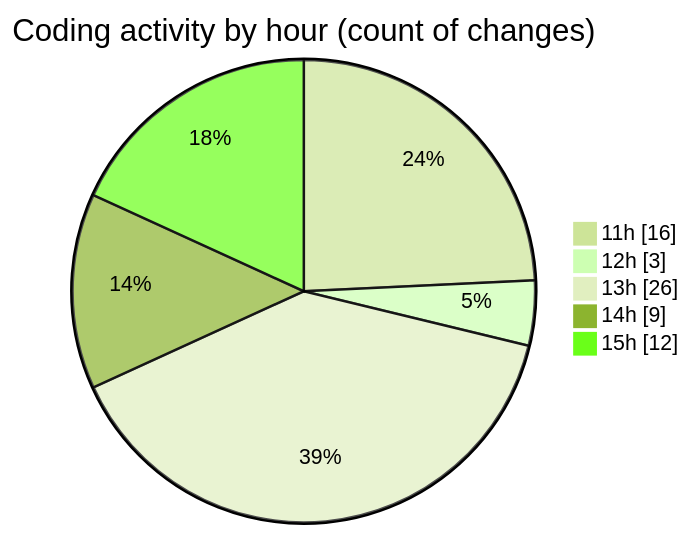
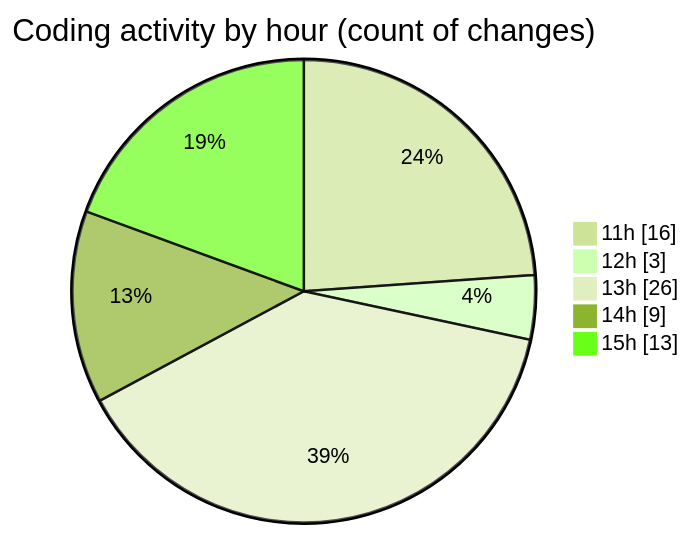
Before and after one commit to nxtqubesakshisongat/code-tracking: the second of 2 diagrams in 2026-03-31/nxtqube_webapp/README.md, drawn with Mermaid (forest theme). The commit also changed other lines of this file and 1 other file, not shown here.

````diff
--- a/2026-03-31/nxtqube_webapp/README.md
+++ b/2026-03-31/nxtqube_webapp/README.md
@@ -32,9 +32,9 @@
 ```mermaid
 pie showData
 title Coding activity by hour (count of changes)
 "11h" : 16
 "12h" : 3
 "13h" : 26
 "14h" : 9
-"15h" : 12
+"15h" : 13
 ```
````
